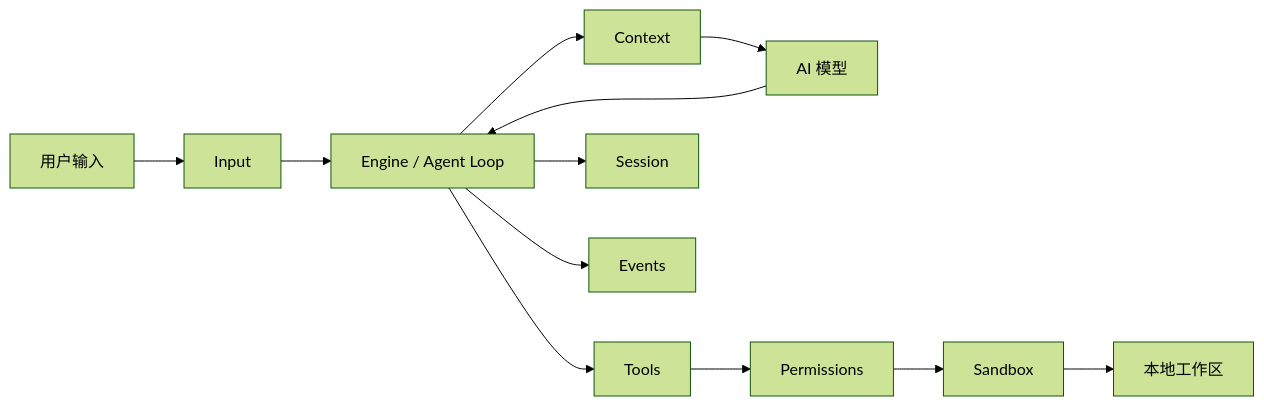
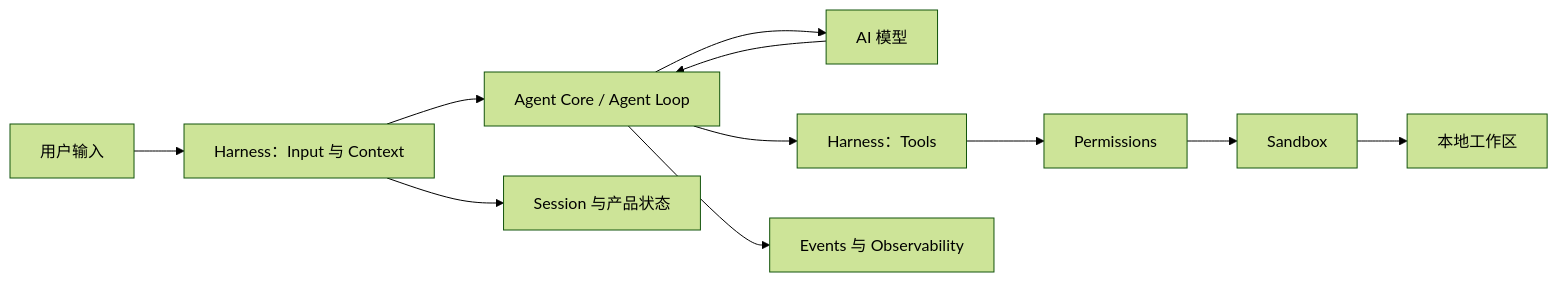
The diagram in README.zh-CN.md (anwen0724/megumi), drawn with Mermaid (forest theme) before and after one commit. The commit also changed other lines of this file and 2 other files, not shown here.

````diff
--- a/README.zh-CN.md
+++ b/README.zh-CN.md
@@ -21,14 +23,13 @@
 ```mermaid
 flowchart LR
-    U["用户输入"] --> I["Input"]
-    I --> E["Engine / Agent Loop"]
-    E --> C["Context"]
-    C --> A["AI 模型"]
+    U["用户输入"] --> H["Harness：Input 与 Context"]
+    H --> E["Agent Core / Agent Loop"]
+    E --> A["AI 模型"]
     A --> E
-    E --> T["Tools"]
+    E --> T["Harness：Tools"]
     T --> P["Permissions"]
     P --> S["Sandbox"]
     S --> W["本地工作区"]
-    E --> H["Session"]
-    E --> V["Events"]
+    H --> M["Session 与产品状态"]
+    E --> V["Events 与 Observability"]
 ```
````
